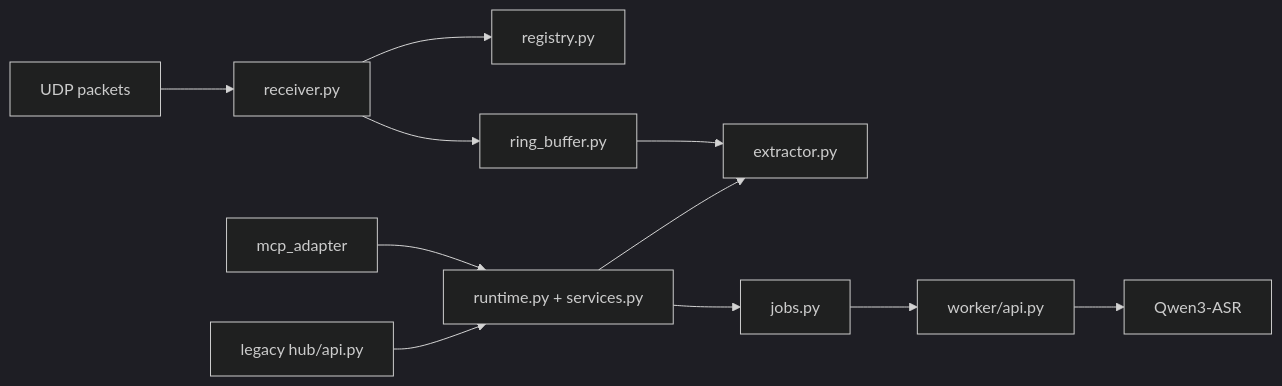
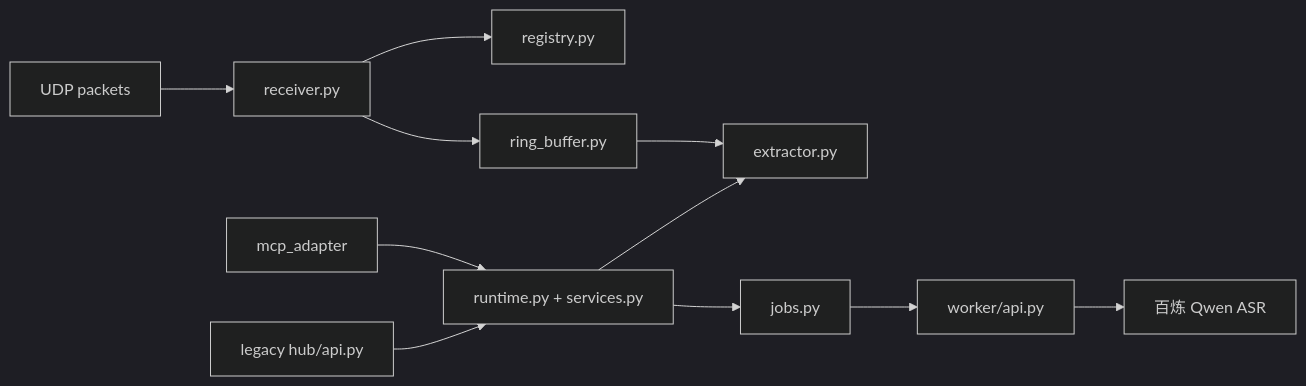
One commit to Tobi1chi/EchoTrigger changed the diagram in Software/pc_hub/README.zh-CN.md. Above: the diagram before and after it, drawn with Mermaid (dark theme). The commit also changed other lines of this file and 7 other files, not shown here.

````diff
--- a/Software/pc_hub/README.zh-CN.md
+++ b/Software/pc_hub/README.zh-CN.md
@@ -9,13 +9,13 @@
 ```mermaid
 flowchart LR
   udp["UDP packets"] --> recv["receiver.py"]
   recv --> reg["registry.py"]
   recv --> ring["ring_buffer.py"]
   ring --> ext["extractor.py"]
   runtime["runtime.py + services.py"] --> ext
   runtime --> jobs["jobs.py"]
   mcp["mcp_adapter"] --> runtime
   legacy["legacy hub/api.py"] --> runtime
   jobs --> worker["worker/api.py"]
-  worker --> asr["Qwen3-ASR"]
+  worker --> asr["百炼 Qwen ASR"]
 ```
````
